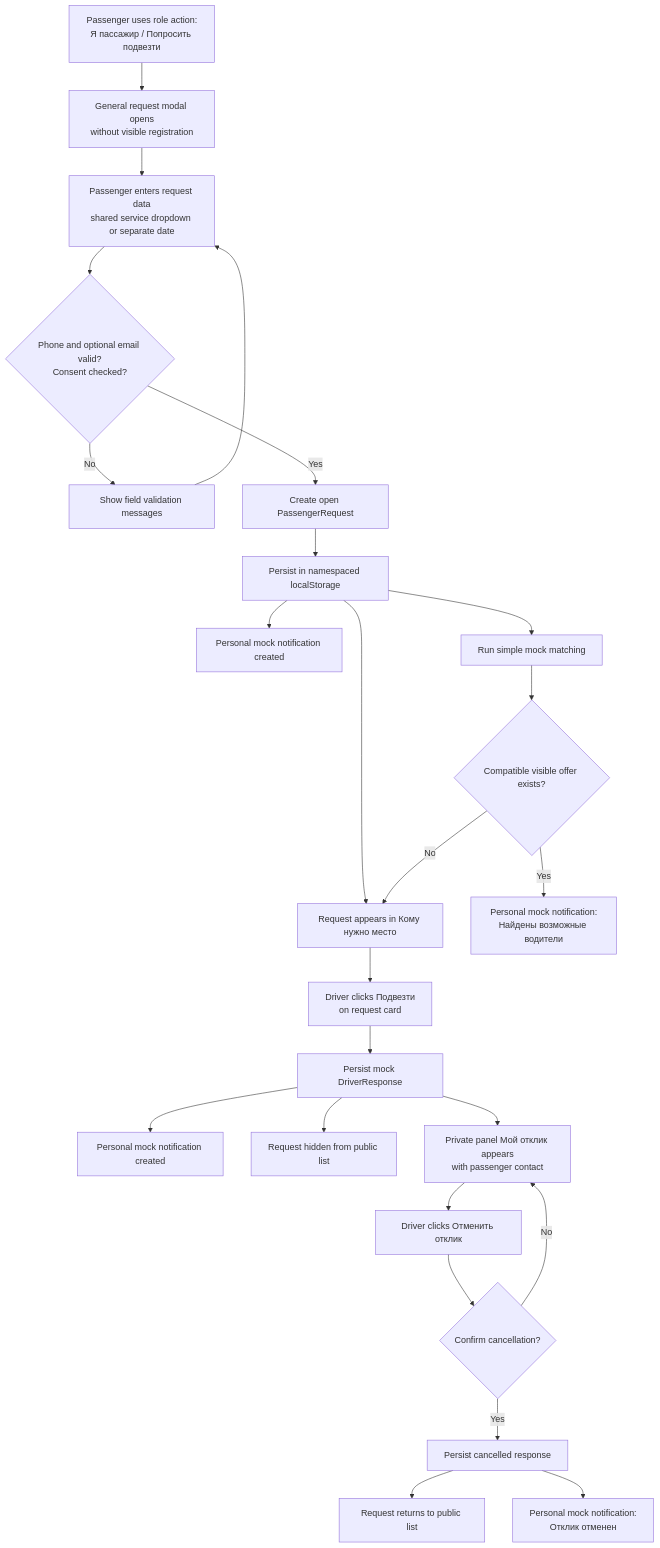
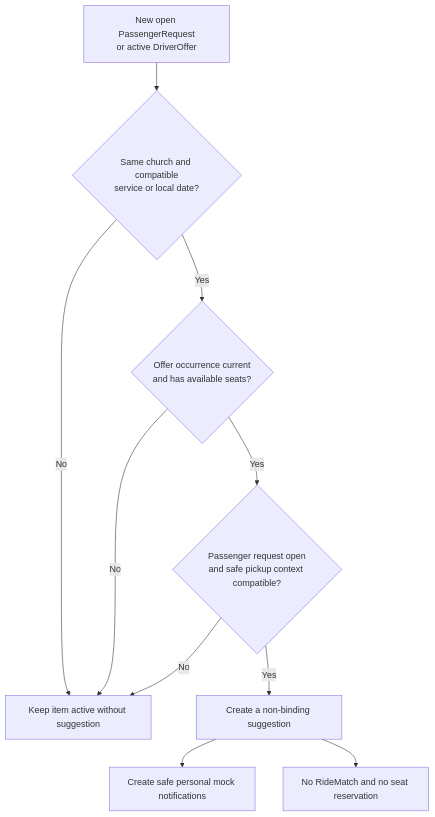
Before and after one commit to Agafanail/orthodox-routes: diagram 16 of 18 in docs/PROJECT_MAP.md, drawn with Mermaid. The commit also changed other lines of this file and 37 other files, not shown here.

Commit message:
Complete RideMatch confirmation flows

````diff
--- a/docs/PROJECT_MAP.md
+++ b/docs/PROJECT_MAP.md
@@ -542,29 +360,12 @@
 ```mermaid
 flowchart TD
-    A["Passenger uses role action:<br/>Я пассажир / Попросить подвезти"] --> B["General request modal opens<br/>without visible registration"]
-    B --> C["Passenger enters request data<br/>shared service dropdown or separate date"]
-    C --> C1{"Phone and optional email valid?<br/>Consent checked?"}
-    C1 -->|No| C2["Show field validation messages"]
-    C2 --> C
-    C1 -->|Yes| D["Create open PassengerRequest"]
-    D --> E["Persist in namespaced localStorage"]
-    E --> F["Request appears in Кому нужно место"]
-    E --> G["Personal mock notification created"]
-    E --> H["Run simple mock matching"]
-    H --> I{"Compatible visible offer exists?"}
-    I -->|Yes| J["Personal mock notification:<br/>Найдены возможные водители"]
-    I -->|No| F
-
-    F --> K["Driver clicks Подвезти<br/>on request card"]
-    K --> L["Persist mock DriverResponse"]
-    L --> M["Personal mock notification created"]
-    L --> N["Request hidden from public list"]
-    L --> O["Private panel Мой отклик appears<br/>with passenger contact"]
-
-    O --> P["Driver clicks Отменить отклик"]
-    P --> Q{"Confirm cancellation?"}
-    Q -->|Yes| R["Persist cancelled response"]
-    R --> S["Request returns to public list"]
-    R --> T["Personal mock notification:<br/>Отклик отменен"]
-    Q -->|No| O
+    A["New open PassengerRequest<br/>or active DriverOffer"] --> B{"Same church and compatible<br/>service or local date?"}
+    B -->|"No"| NONE["Keep item active without suggestion"]
+    B -->|"Yes"| C{"Offer occurrence current<br/>and has available seats?"}
+    C -->|"No"| NONE
+    C -->|"Yes"| D{"Passenger request open<br/>and safe pickup context compatible?"}
+    D -->|"No"| NONE
+    D -->|"Yes"| S["Create a non-binding suggestion"]
+    S --> N["Create safe personal mock notifications"]
+    S --> Z["No RideMatch and no seat reservation"]
 ```
````
